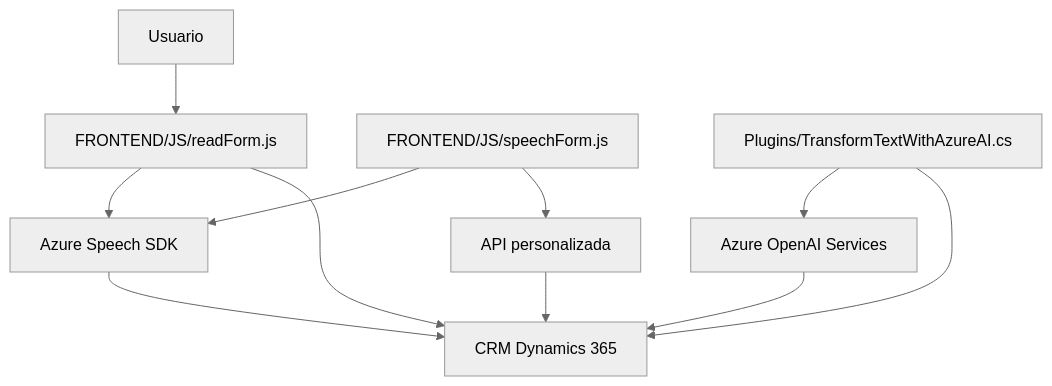
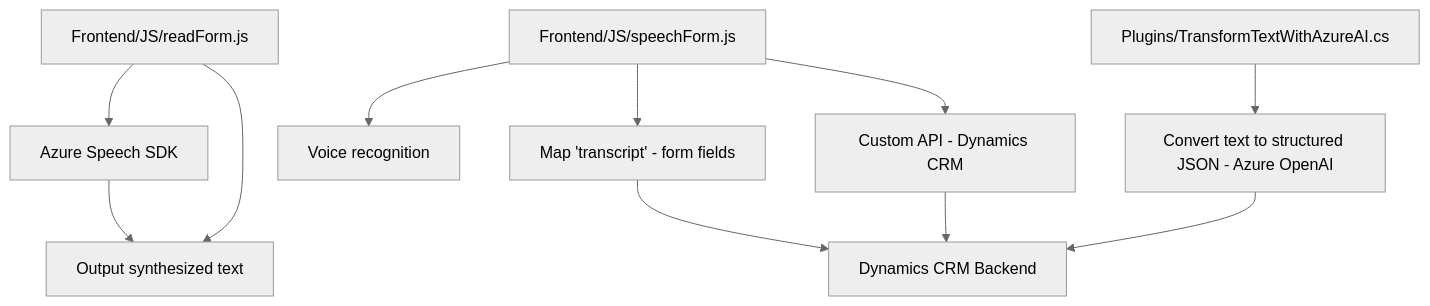
One commit to blopezdm/NETCORE_BILBAO2025 changed the diagram in README.md. Above: the diagram before and after it, drawn with Mermaid (neutral theme). The commit also changed other lines of this file, not shown here.

````diff
--- a/README.md
+++ b/README.md
@@ -39,22 +43,14 @@
 ```mermaid
 graph TD
-    A["FRONTEND/JS/readForm.js"]
-    B["FRONTEND/JS/speechForm.js"]
-    C["Plugins/TransformTextWithAzureAI.cs"]
-    D["CRM Dynamics 365"]
-    E["Azure Speech SDK"]
-    F["Azure OpenAI Services"]
-    G["API personalizada"]
-    H["Usuario"]
+    A["Frontend/JS/readForm.js"] --> B["Azure Speech SDK"]
+    A --> C["Output synthesized text"]
+    D["Frontend/JS/speechForm.js"] --> E["Voice recognition"]
+    D --> F["Map 'transcript' - form fields"]
+    D --> G["Custom API - Dynamics CRM"]
+    H["Plugins/TransformTextWithAzureAI.cs"] --> I["Convert text to structured JSON - Azure OpenAI"]
+    G --> J["Dynamics CRM Backend"]
 
-    H --> A
-    A --> E
-    A --> D
-    B --> E
-    B --> G
-    G --> D
-    C --> F
-    C --> D
-    E --> D
-    F --> D
+    B --> C
+    F --> J
+    I --> J
 ```
````
